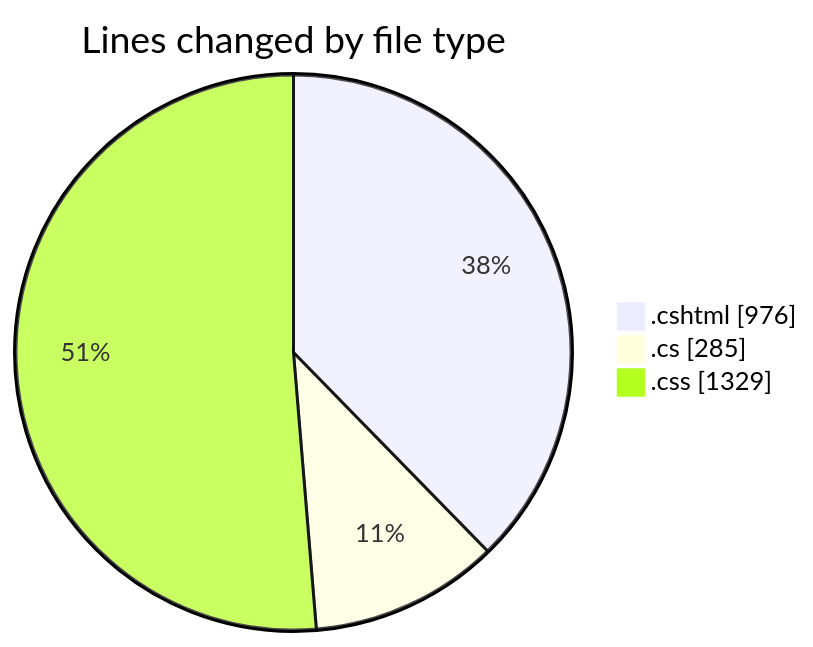
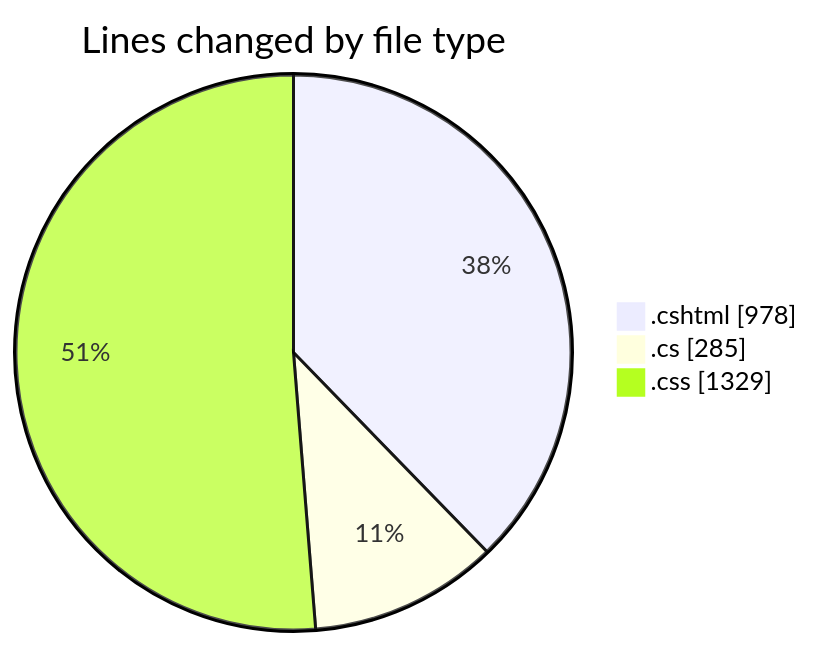
The first of 2 diagrams in 2025-07-18/nhahang/README.md (lephambinh05/code-tracking), drawn with Mermaid before and after one commit. The commit also changed other lines of this file and 1 other file, not shown here.

````diff
--- a/2025-07-18/nhahang/README.md
+++ b/2025-07-18/nhahang/README.md
@@ -37,7 +37,7 @@
 ```mermaid
 pie showData
 title Lines changed by file type
-".cshtml" : 976
+".cshtml" : 978
 ".cs" : 285
 ".css" : 1329
 ```
````
